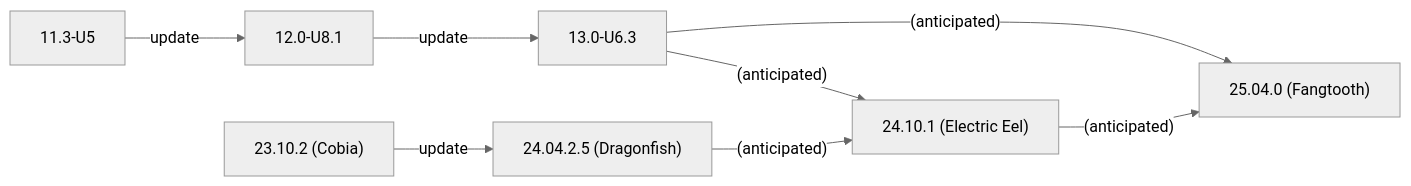
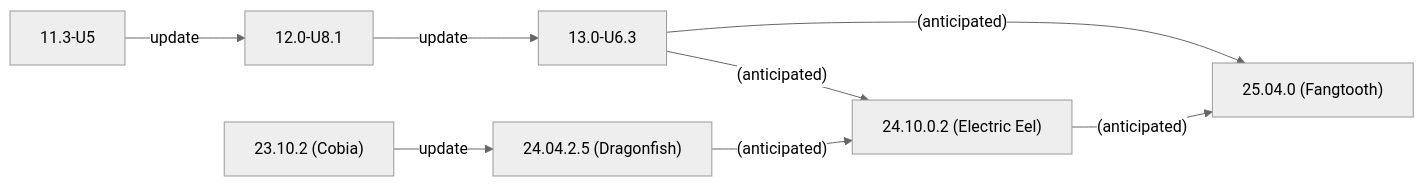
The second of 2 diagrams in static/includes/SCALEUpgradePaths.md (truenas/documentation), drawn with Mermaid (neutral theme) before and after one commit. The commit also changed other lines of this file, not shown here.

```diff
--- a/static/includes/SCALEUpgradePaths.md
+++ b/static/includes/SCALEUpgradePaths.md
@@ -81,11 +81,11 @@
           {{< mermaid class="mermaid_sizing" >}}
           flowchart LR
             A["11.3-U5"] -->|update| B
             B["12.0-U8.1"] -->|update| C
             C["13.0-U6.3"] -->|"(anticipated)"| F
             C["13.0-U6.3"] -->|"(anticipated)"| G
             D["23.10.2 (Cobia)"] -->|update| E
             E["24.04.2.5 (Dragonfish)"]  -->|"(anticipated)"| F
-            F["24.10.1 (Electric Eel)"] -->|"(anticipated)"| G
+            F["24.10.0.2 (Electric Eel)"] -->|"(anticipated)"| G
             G["25.04.0 (Fangtooth)"]
           {{< /mermaid >}}
```
